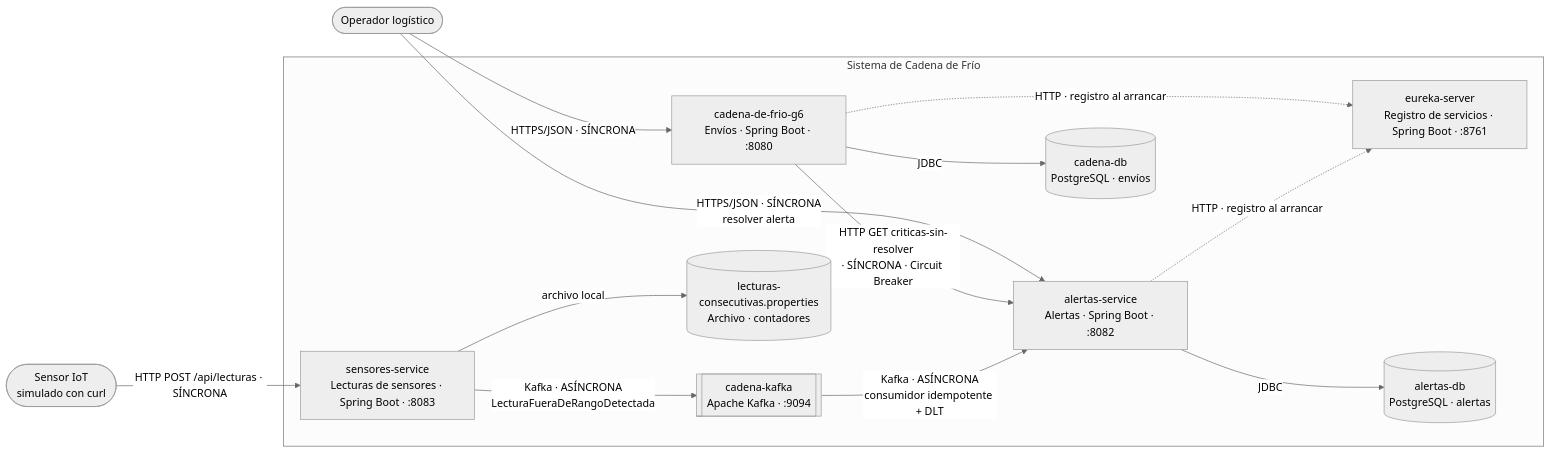
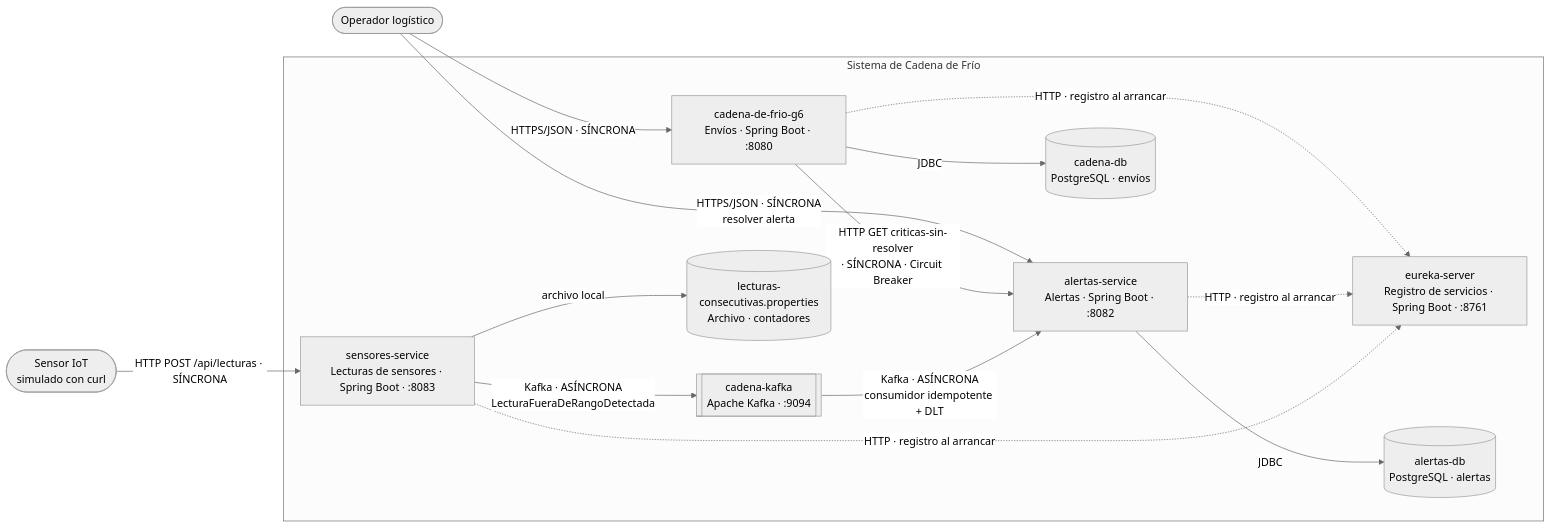
Before and after one commit to dazasantiago/Proyecto-SWII_Cadena-de-Frio: the diagram in Docs/ARQUITECTURA.md, drawn with Mermaid (neutral theme). The commit also changed other lines of this file and 6 other files, not shown here.

First line of the commit message:
docs: sensores-service en Eureka y CI; cierre al dia con el servicio de sensores

````diff
--- a/Docs/ARQUITECTURA.md
+++ b/Docs/ARQUITECTURA.md
@@ -61,28 +60,29 @@
 ```mermaid
 flowchart LR
     operador([Operador logístico])
     sensor([Sensor IoT<br/>simulado con curl])
 
     subgraph sistema [Sistema de Cadena de Frío]
         envios["cadena-de-frio-g6<br/>Envíos · Spring Boot · :8080"]
         alertas["alertas-service<br/>Alertas · Spring Boot · :8082"]
         sensores["sensores-service<br/>Lecturas de sensores · Spring Boot · :8083"]
         eureka["eureka-server<br/>Registro de servicios · Spring Boot · :8761"]
         kafka[["cadena-kafka<br/>Apache Kafka · :9094"]]
         dbEnvios[("cadena-db<br/>PostgreSQL · envíos")]
         dbAlertas[("alertas-db<br/>PostgreSQL · alertas")]
         contador[("lecturas-consecutivas.properties<br/>Archivo · contadores")]
     end
 
     operador -- "HTTPS/JSON · SÍNCRONA" --> envios
     operador -- "HTTPS/JSON · SÍNCRONA<br/>resolver alerta" --> alertas
     sensor -- "HTTP POST /api/lecturas · SÍNCRONA" --> sensores
     envios -- "HTTP GET criticas-sin-resolver<br/>· SÍNCRONA · Circuit Breaker" --> alertas
     sensores -- "Kafka · ASÍNCRONA<br/>LecturaFueraDeRangoDetectada" --> kafka
     kafka -- "Kafka · ASÍNCRONA<br/>consumidor idempotente + DLT" --> alertas
     envios -- "JDBC" --> dbEnvios
     alertas -- "JDBC" --> dbAlertas
     sensores -- "archivo local" --> contador
     envios -.->|"HTTP · registro al arrancar"| eureka
     alertas -.->|"HTTP · registro al arrancar"| eureka
+    sensores -.->|"HTTP · registro al arrancar"| eureka
 ```
````
